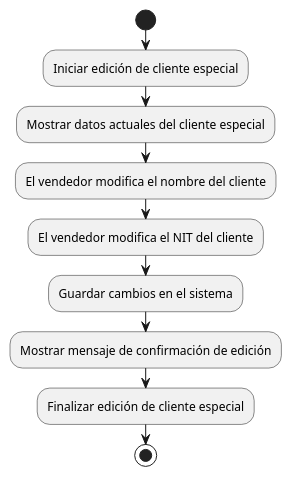
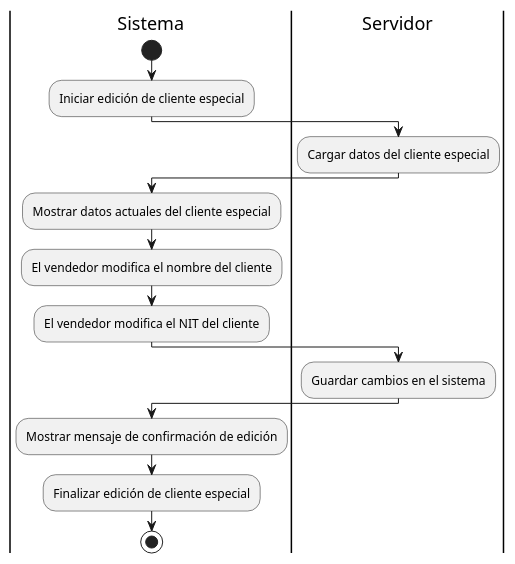
One commit to PabloCoti/apuntes_url changed the diagram in Análisis y Diseño/Proyectos/Proyecto final/Diagramas/Casos de uso/Editar cliente especial.wsd. Above: the diagram before and after it, drawn with PlantUML. The commit also changed 19 other files, not shown here.

```diff
--- a/Análisis y Diseño/Proyectos/Proyecto final/Diagramas/Casos de uso/Editar cliente especial.wsd
+++ b/Análisis y Diseño/Proyectos/Proyecto final/Diagramas/Casos de uso/Editar cliente especial.wsd
@@ -1,13 +1,19 @@
 @startuml Editar cliente especial
 
+|Sistema|
 start
 :Iniciar edición de cliente especial;
+|Servidor|
+:Cargar datos del cliente especial;
+|Sistema|
 :Mostrar datos actuales del cliente especial;
 :El vendedor modifica el nombre del cliente;
 :El vendedor modifica el NIT del cliente;
+|Servidor|
 :Guardar cambios en el sistema;
+|Sistema|
 :Mostrar mensaje de confirmación de edición;
 :Finalizar edición de cliente especial;
 stop
 
 @enduml
```
